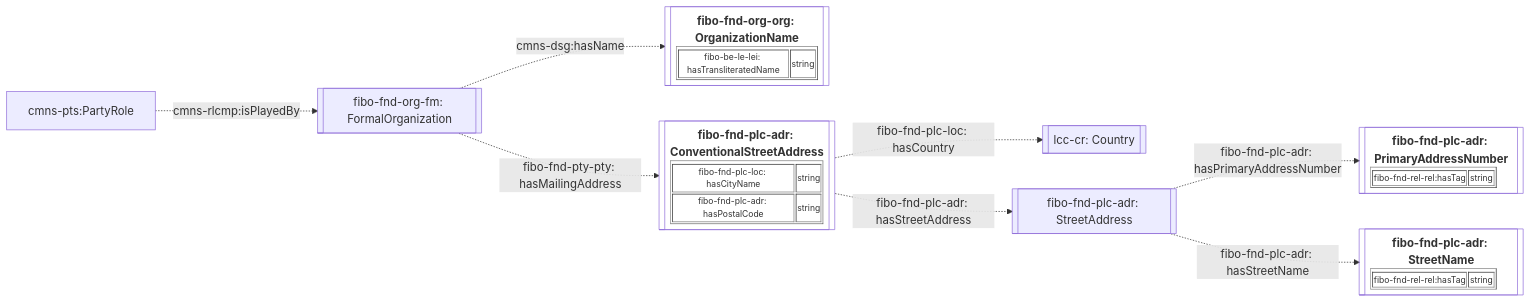
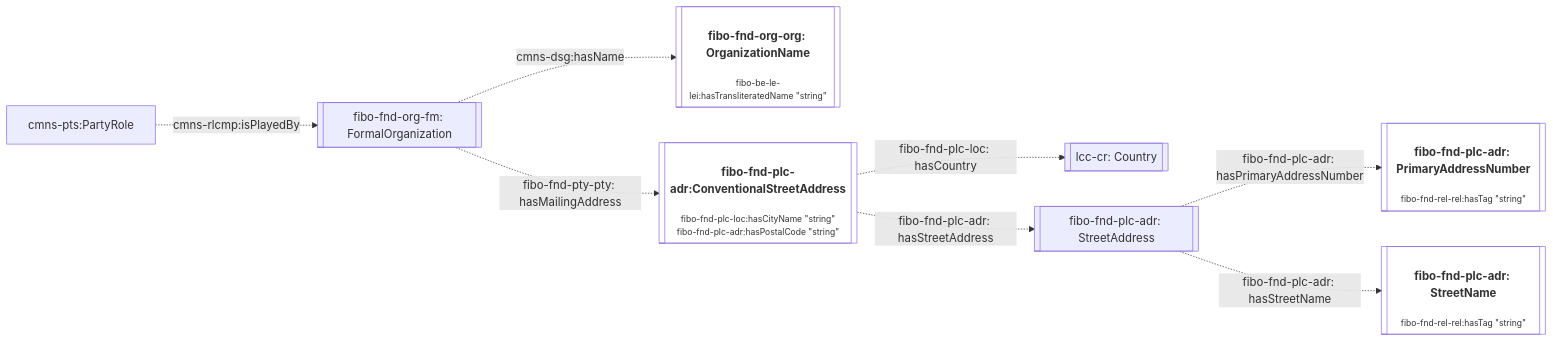
One commit to cambridge-cares/TheWorldAvatar changed the third of 6 diagrams in JPS_Ontology/ontology/ontoprofile/README.MD. Above: the diagram before and after it, drawn with Mermaid. The commit also changed other lines of this file, not shown here.

Commit message:
dev-service-execution-ontology-extension: refactor table html to plain text html

````diff
--- a/JPS_Ontology/ontology/ontoprofile/README.MD
+++ b/JPS_Ontology/ontology/ontoprofile/README.MD
@@ -98,17 +98,17 @@
 ```mermaid
 flowchart LR
     %% Styling
     classDef literal fill:none
 
-    %% Diagram
+    %% Contents
     cmns-pts:PartyRole -. cmns-rlcmp:isPlayedBy .-> Organisation[[fibo-fnd-org-fm: FormalOrganization]]
-    Organisation -. cmns-dsg:hasName .-> OrganizationName[["<table border='1' style='font-size:0.75rem;'><tr style='font-size:1.25rem;'><b>fibo-fnd-org-org: OrganizationName</b></tr><tr><td>fibo-be-le-lei: hasTransliteratedName</td><td>string</td></tr></table>"]]:::literal
+    Organisation -. cmns-dsg:hasName .-> OrganizationName[["<h4>fibo-fnd-org-org: OrganizationName</h4><p style='font-size:0.75rem;'>fibo-be-le-lei:hasTransliteratedName &quot;string&quot;</p>"]]:::literal
 
-    Organisation -. fibo-fnd-pty-pty: hasMailingAddress .-> ConventionalStreetAddress[["<table border='1' style='font-size:0.75rem;'><tr style='font-size:1.25rem;'><b>fibo-fnd-plc-adr: ConventionalStreetAddress</b></tr><tr><td>fibo-fnd-plc-loc: hasCityName</td><td>string</td></tr><tr><td>fibo-fnd-plc-adr: hasPostalCode</td><td>string</td></tr></table>"]]:::literal
+    Organisation -. fibo-fnd-pty-pty: hasMailingAddress .-> ConventionalStreetAddress[["<h4>fibo-fnd-plc-adr:ConventionalStreetAddress</h4><p style='font-size:0.75rem;'>fibo-fnd-plc-loc:hasCityName &quot;string&quot;<br>fibo-fnd-plc-adr:hasPostalCode &quot;string&quot;</p>"]]:::literal
 
     ConventionalStreetAddress -. fibo-fnd-plc-loc: hasCountry .-> Country[[lcc-cr: Country]]
     ConventionalStreetAddress -. fibo-fnd-plc-adr: hasStreetAddress .-> StreetAddress[[fibo-fnd-plc-adr: StreetAddress]]
 
-    StreetAddress -. fibo-fnd-plc-adr: hasPrimaryAddressNumber .-> PrimaryAddressNumber[["<table border='1' style='font-size:0.75rem;'><tr style='font-size:1.25rem;'><b>fibo-fnd-plc-adr: PrimaryAddressNumber</b></tr><tr><td>fibo-fnd-rel-rel:hasTag</td><td>string</td></tr></table>"]]:::literal
-    StreetAddress -. fibo-fnd-plc-adr: hasStreetName .-> StreetName[["<table border='1' style='font-size:0.75rem;'><tr style='font-size:1.25rem;'><b>fibo-fnd-plc-adr: StreetName</b></tr><tr><td>fibo-fnd-rel-rel:hasTag</td><td>string</td></tr></table>"]]:::literal
+    StreetAddress -. fibo-fnd-plc-adr: hasPrimaryAddressNumber .-> PrimaryAddressNumber[["<h4>fibo-fnd-plc-adr: PrimaryAddressNumber</h4><p style='font-size:0.75rem;'>fibo-fnd-rel-rel:hasTag &quot;string&quot;</p>"]]:::literal
+    StreetAddress -. fibo-fnd-plc-adr: hasStreetName .-> StreetName[["<h4>fibo-fnd-plc-adr: StreetName</h4><p style='font-size:0.75rem;'>fibo-fnd-rel-rel:hasTag &quot;string&quot;</p>"]]:::literal
 ```
````
